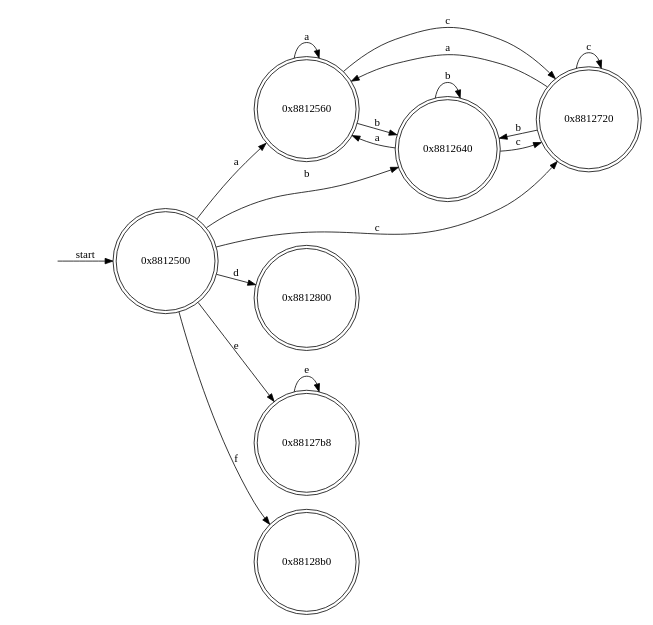
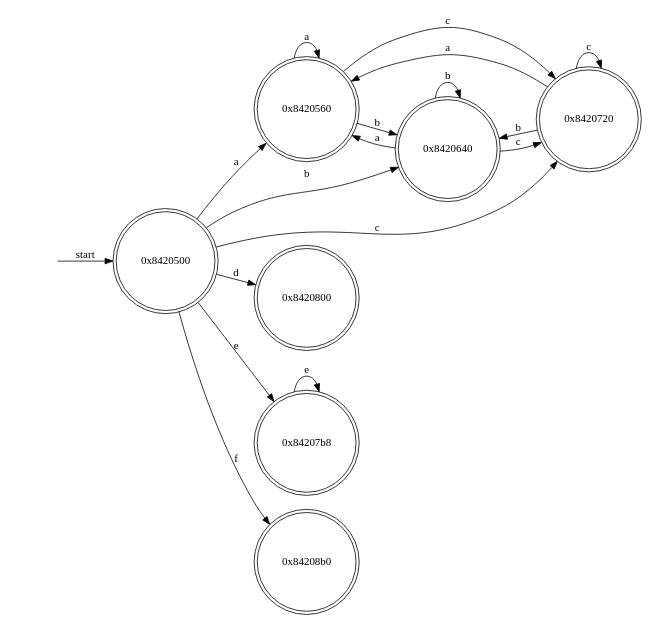
One commit to Golevka/reviz changed the diagram in out.dot. Above: the diagram before and after it, drawn with Graphviz. The commit also changed 4 other files, not shown here.

```diff
--- a/out.dot
+++ b/out.dot
@@ -1,55 +1,55 @@
 digraph finite_state_machine {
     rankdir=LR;
     size="8,5"
     node [shape = circle label=""]
-    node [shape = doublecircle label="0x8812500"]; addr_0x8812500
-    node [shape = doublecircle label="0x8812560"]; addr_0x8812560
-    addr_0x8812500 -> addr_0x8812560 [ label = "a" ]
-    node [shape = doublecircle label="0x8812560"]; addr_0x8812560
-    node [shape = doublecircle label="0x8812560"]; addr_0x8812560
-    addr_0x8812560 -> addr_0x8812560 [ label = "a" ]
-    node [shape = doublecircle label="0x8812560"]; addr_0x8812560
-    node [shape = doublecircle label="0x8812640"]; addr_0x8812640
-    addr_0x8812560 -> addr_0x8812640 [ label = "b" ]
-    node [shape = doublecircle label="0x8812640"]; addr_0x8812640
-    node [shape = doublecircle label="0x8812560"]; addr_0x8812560
-    addr_0x8812640 -> addr_0x8812560 [ label = "a" ]
-    node [shape = doublecircle label="0x8812640"]; addr_0x8812640
-    node [shape = doublecircle label="0x8812640"]; addr_0x8812640
-    addr_0x8812640 -> addr_0x8812640 [ label = "b" ]
-    node [shape = doublecircle label="0x8812640"]; addr_0x8812640
-    node [shape = doublecircle label="0x8812720"]; addr_0x8812720
-    addr_0x8812640 -> addr_0x8812720 [ label = "c" ]
-    node [shape = doublecircle label="0x8812720"]; addr_0x8812720
-    node [shape = doublecircle label="0x8812560"]; addr_0x8812560
-    addr_0x8812720 -> addr_0x8812560 [ label = "a" ]
-    node [shape = doublecircle label="0x8812720"]; addr_0x8812720
-    node [shape = doublecircle label="0x8812640"]; addr_0x8812640
-    addr_0x8812720 -> addr_0x8812640 [ label = "b" ]
-    node [shape = doublecircle label="0x8812720"]; addr_0x8812720
-    node [shape = doublecircle label="0x8812720"]; addr_0x8812720
-    addr_0x8812720 -> addr_0x8812720 [ label = "c" ]
-    node [shape = doublecircle label="0x8812560"]; addr_0x8812560
-    node [shape = doublecircle label="0x8812720"]; addr_0x8812720
-    addr_0x8812560 -> addr_0x8812720 [ label = "c" ]
-    node [shape = doublecircle label="0x8812500"]; addr_0x8812500
-    node [shape = doublecircle label="0x8812640"]; addr_0x8812640
-    addr_0x8812500 -> addr_0x8812640 [ label = "b" ]
-    node [shape = doublecircle label="0x8812500"]; addr_0x8812500
-    node [shape = doublecircle label="0x8812720"]; addr_0x8812720
-    addr_0x8812500 -> addr_0x8812720 [ label = "c" ]
-    node [shape = doublecircle label="0x8812500"]; addr_0x8812500
-    node [shape = doublecircle label="0x8812800"]; addr_0x8812800
-    addr_0x8812500 -> addr_0x8812800 [ label = "d" ]
-    node [shape = doublecircle label="0x8812500"]; addr_0x8812500
-    node [shape = doublecircle label="0x88127b8"]; addr_0x88127b8
-    addr_0x8812500 -> addr_0x88127b8 [ label = "e" ]
-    node [shape = doublecircle label="0x88127b8"]; addr_0x88127b8
-    node [shape = doublecircle label="0x88127b8"]; addr_0x88127b8
-    addr_0x88127b8 -> addr_0x88127b8 [ label = "e" ]
-    node [shape = doublecircle label="0x8812500"]; addr_0x8812500
-    node [shape = doublecircle label="0x88128b0"]; addr_0x88128b0
-    addr_0x8812500 -> addr_0x88128b0 [ label = "f" ]
+    node [shape = doublecircle label="0x8420500"]; addr_0x8420500
+    node [shape = doublecircle label="0x8420560"]; addr_0x8420560
+    addr_0x8420500 -> addr_0x8420560 [ label = "a" ]
+    node [shape = doublecircle label="0x8420560"]; addr_0x8420560
+    node [shape = doublecircle label="0x8420560"]; addr_0x8420560
+    addr_0x8420560 -> addr_0x8420560 [ label = "a" ]
+    node [shape = doublecircle label="0x8420560"]; addr_0x8420560
+    node [shape = doublecircle label="0x8420640"]; addr_0x8420640
+    addr_0x8420560 -> addr_0x8420640 [ label = "b" ]
+    node [shape = doublecircle label="0x8420640"]; addr_0x8420640
+    node [shape = doublecircle label="0x8420560"]; addr_0x8420560
+    addr_0x8420640 -> addr_0x8420560 [ label = "a" ]
+    node [shape = doublecircle label="0x8420640"]; addr_0x8420640
+    node [shape = doublecircle label="0x8420640"]; addr_0x8420640
+    addr_0x8420640 -> addr_0x8420640 [ label = "b" ]
+    node [shape = doublecircle label="0x8420640"]; addr_0x8420640
+    node [shape = doublecircle label="0x8420720"]; addr_0x8420720
+    addr_0x8420640 -> addr_0x8420720 [ label = "c" ]
+    node [shape = doublecircle label="0x8420720"]; addr_0x8420720
+    node [shape = doublecircle label="0x8420560"]; addr_0x8420560
+    addr_0x8420720 -> addr_0x8420560 [ label = "a" ]
+    node [shape = doublecircle label="0x8420720"]; addr_0x8420720
+    node [shape = doublecircle label="0x8420640"]; addr_0x8420640
+    addr_0x8420720 -> addr_0x8420640 [ label = "b" ]
+    node [shape = doublecircle label="0x8420720"]; addr_0x8420720
+    node [shape = doublecircle label="0x8420720"]; addr_0x8420720
+    addr_0x8420720 -> addr_0x8420720 [ label = "c" ]
+    node [shape = doublecircle label="0x8420560"]; addr_0x8420560
+    node [shape = doublecircle label="0x8420720"]; addr_0x8420720
+    addr_0x8420560 -> addr_0x8420720 [ label = "c" ]
+    node [shape = doublecircle label="0x8420500"]; addr_0x8420500
+    node [shape = doublecircle label="0x8420640"]; addr_0x8420640
+    addr_0x8420500 -> addr_0x8420640 [ label = "b" ]
+    node [shape = doublecircle label="0x8420500"]; addr_0x8420500
+    node [shape = doublecircle label="0x8420720"]; addr_0x8420720
+    addr_0x8420500 -> addr_0x8420720 [ label = "c" ]
+    node [shape = doublecircle label="0x8420500"]; addr_0x8420500
+    node [shape = doublecircle label="0x8420800"]; addr_0x8420800
+    addr_0x8420500 -> addr_0x8420800 [ label = "d" ]
+    node [shape = doublecircle label="0x8420500"]; addr_0x8420500
+    node [shape = doublecircle label="0x84207b8"]; addr_0x84207b8
+    addr_0x8420500 -> addr_0x84207b8 [ label = "e" ]
+    node [shape = doublecircle label="0x84207b8"]; addr_0x84207b8
+    node [shape = doublecircle label="0x84207b8"]; addr_0x84207b8
+    addr_0x84207b8 -> addr_0x84207b8 [ label = "e" ]
+    node [shape = doublecircle label="0x8420500"]; addr_0x8420500
+    node [shape = doublecircle label="0x84208b0"]; addr_0x84208b0
+    addr_0x8420500 -> addr_0x84208b0 [ label = "f" ]
     node [shape = none label=""]; start
-    start -> addr_0x8812500 [ label = "start" ]
+    start -> addr_0x8420500 [ label = "start" ]
 }
```
